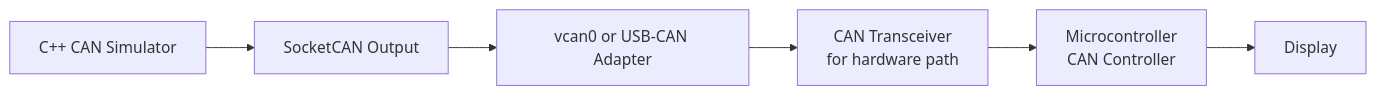
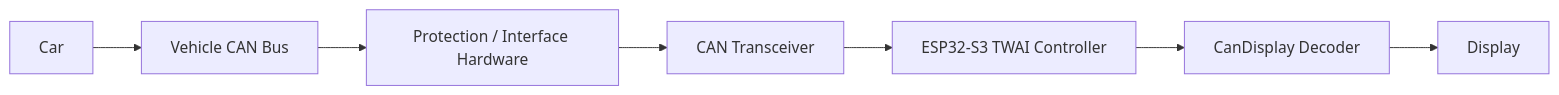
Before and after one commit to theoavgitidis/CanSimulatorCICD: the third of 6 diagrams in docs/plannedArchitectures/architecture-diagrams.md, drawn with Mermaid. The commit also changed other lines of this file and 9 other files, not shown here.

````diff
--- a/docs/plannedArchitectures/architecture-diagrams.md
+++ b/docs/plannedArchitectures/architecture-diagrams.md
@@ -84,15 +94,17 @@
 ```mermaid
 flowchart LR
-    simulator["C++ CAN Simulator"]
-    socketcan["SocketCAN Output"]
-    adapter["vcan0 or USB-CAN Adapter"]
-    transceiver["CAN Transceiver<br/>for hardware path"]
-    microcontroller["Microcontroller<br/>CAN Controller"]
+    car["Car"]
+    vehicleCan["Vehicle CAN Bus"]
+    protection["Protection / Interface Hardware"]
+    transceiver["CAN Transceiver"]
+    esp32["ESP32-S3 TWAI Controller"]
+    decoder["CanDisplay Decoder"]
     display["Display"]
 
-    simulator --> socketcan
-    socketcan --> adapter
-    adapter --> transceiver
-    transceiver --> microcontroller
-    microcontroller --> display
+    car --> vehicleCan
+    vehicleCan --> protection
+    protection --> transceiver
+    transceiver --> esp32
+    esp32 --> decoder
+    decoder --> display
 ```
````
